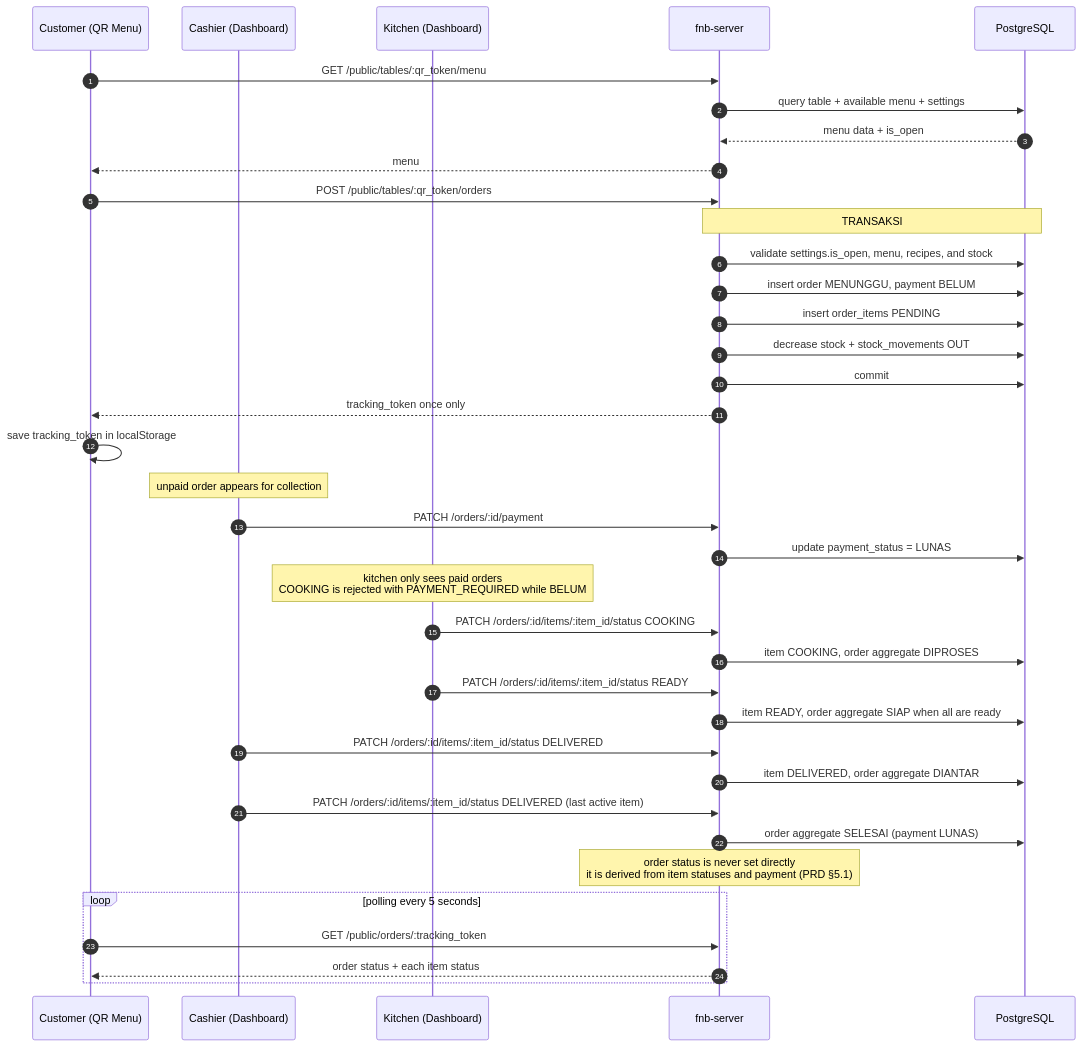
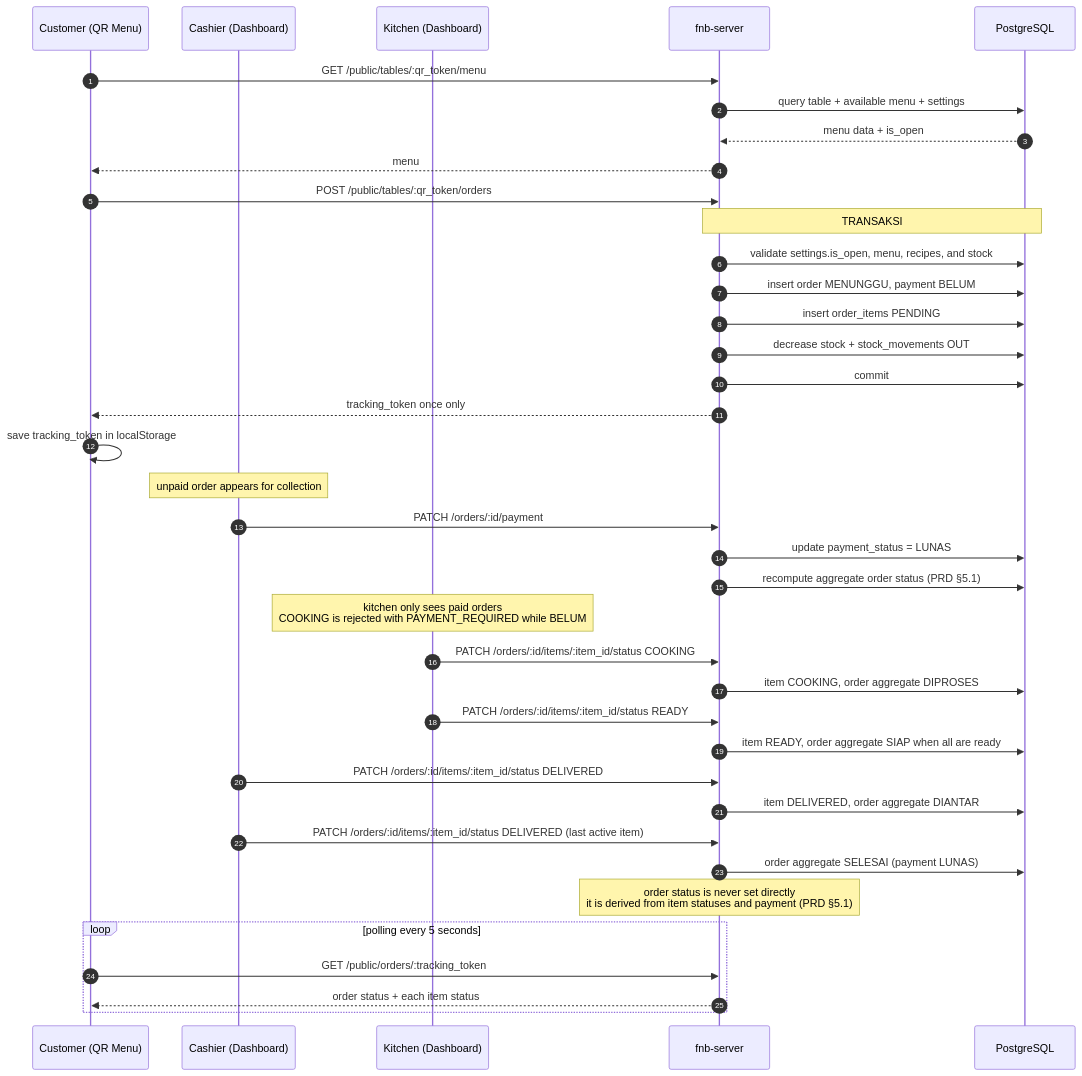
The second of 8 diagrams in docs/flow.md (darmawandoni6/fnb-app), drawn with Mermaid before and after one commit. The commit also changed other lines of this file and 4 other files, not shown here.

Commit message:
docs(flow): kitchen board polls paid MENUNGGU and DIPROSES orders

````diff
--- a/docs/flow.md
+++ b/docs/flow.md
@@ -29,46 +29,47 @@
 ```mermaid
 sequenceDiagram
     autonumber
     participant C as Customer (QR Menu)
     participant K as Cashier (Dashboard)
     participant D as Kitchen (Dashboard)
     participant API as fnb-server
     participant DB as PostgreSQL
 
     C->>API: GET /public/tables/:qr_token/menu
     API->>DB: query table + available menu + settings
     DB-->>API: menu data + is_open
     API-->>C: menu
 
     C->>API: POST /public/tables/:qr_token/orders
     Note over API,DB: TRANSAKSI
     API->>DB: validate settings.is_open, menu, recipes, and stock
     API->>DB: insert order MENUNGGU, payment BELUM
     API->>DB: insert order_items PENDING
     API->>DB: decrease stock + stock_movements OUT
     API->>DB: commit
     API-->>C: tracking_token once only
     C->>C: save tracking_token in localStorage
 
     Note over K: unpaid order appears for collection
     K->>API: PATCH /orders/:id/payment
     API->>DB: update payment_status = LUNAS
+    API->>DB: recompute aggregate order status (PRD §5.1)
 
     Note over D: kitchen only sees paid orders<br/>COOKING is rejected with PAYMENT_REQUIRED while BELUM
     D->>API: PATCH /orders/:id/items/:item_id/status COOKING
     API->>DB: item COOKING, order aggregate DIPROSES
     D->>API: PATCH /orders/:id/items/:item_id/status READY
     API->>DB: item READY, order aggregate SIAP when all are ready
 
     K->>API: PATCH /orders/:id/items/:item_id/status DELIVERED
     API->>DB: item DELIVERED, order aggregate DIANTAR
     K->>API: PATCH /orders/:id/items/:item_id/status DELIVERED (last active item)
     API->>DB: order aggregate SELESAI (payment LUNAS)
 
     Note over API: order status is never set directly<br/>it is derived from item statuses and payment (PRD §5.1)
 
     loop polling every 5 seconds
         C->>API: GET /public/orders/:tracking_token
         API-->>C: order status + each item status
     end
 ```
````
